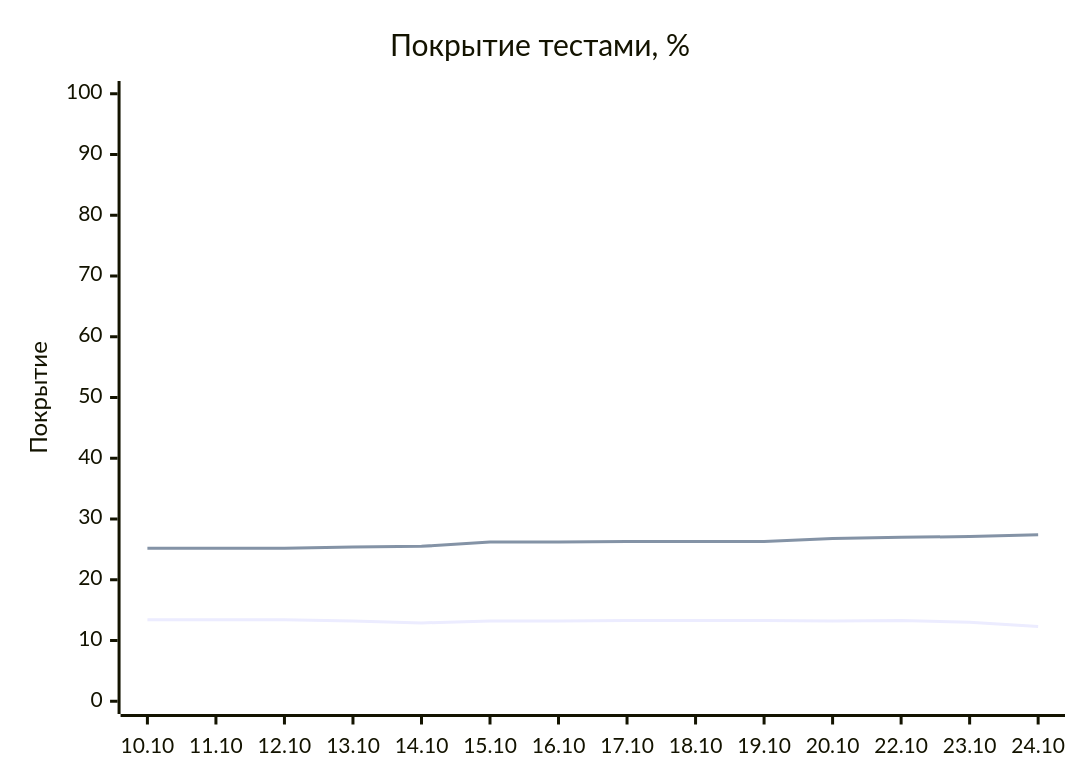
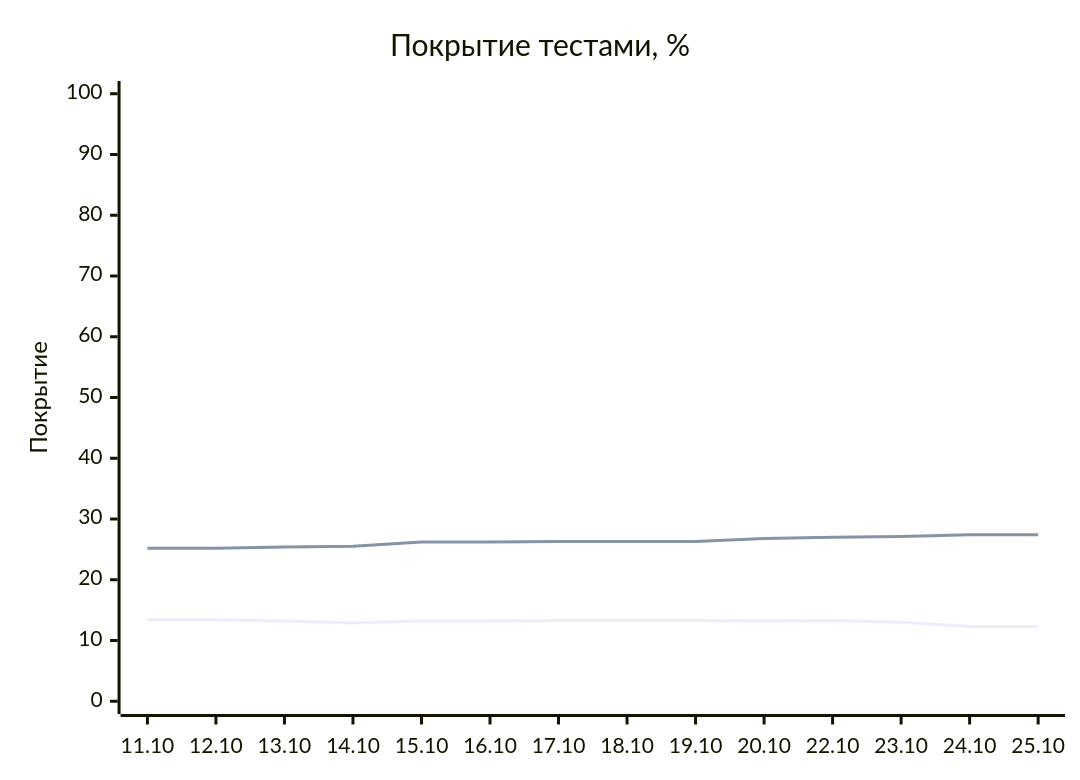
One commit to EvgeniBondarev/coverage-report changed the diagram in README.md. Above: the diagram before and after it, drawn with Mermaid. The commit also changed other lines of this file and 3205 other files, not shown here.

````diff
--- a/README.md
+++ b/README.md
@@ -19,8 +19,8 @@
 ```mermaid
 xychart-beta
     title "Покрытие тестами, %"
-    x-axis ["10.10", "11.10", "12.10", "13.10", "14.10", "15.10", "16.10", "17.10", "18.10", "19.10", "20.10", "22.10", "23.10", "24.10"]
+    x-axis ["11.10", "12.10", "13.10", "14.10", "15.10", "16.10", "17.10", "18.10", "19.10", "20.10", "22.10", "23.10", "24.10", "25.10"]
     y-axis "Покрытие" 0 --> 100
-    line [13.4, 13.4, 13.4, 13.2, 12.9, 13.2, 13.2, 13.3, 13.3, 13.3, 13.2, 13.3, 13, 12.3]
-    line [25.2, 25.2, 25.2, 25.4, 25.5, 26.2, 26.2, 26.3, 26.3, 26.3, 26.8, 27, 27.1, 27.4]
+    line [13.4, 13.4, 13.2, 12.9, 13.2, 13.2, 13.3, 13.3, 13.3, 13.2, 13.3, 13, 12.3, 12.3]
+    line [25.2, 25.2, 25.4, 25.5, 26.2, 26.2, 26.3, 26.3, 26.3, 26.8, 27, 27.1, 27.4, 27.4]
 ```
````
